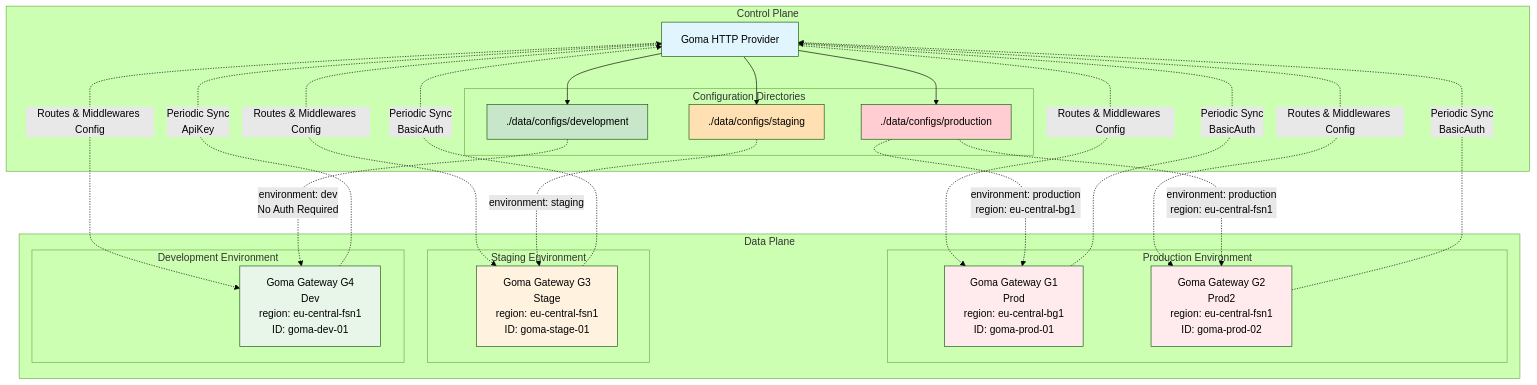
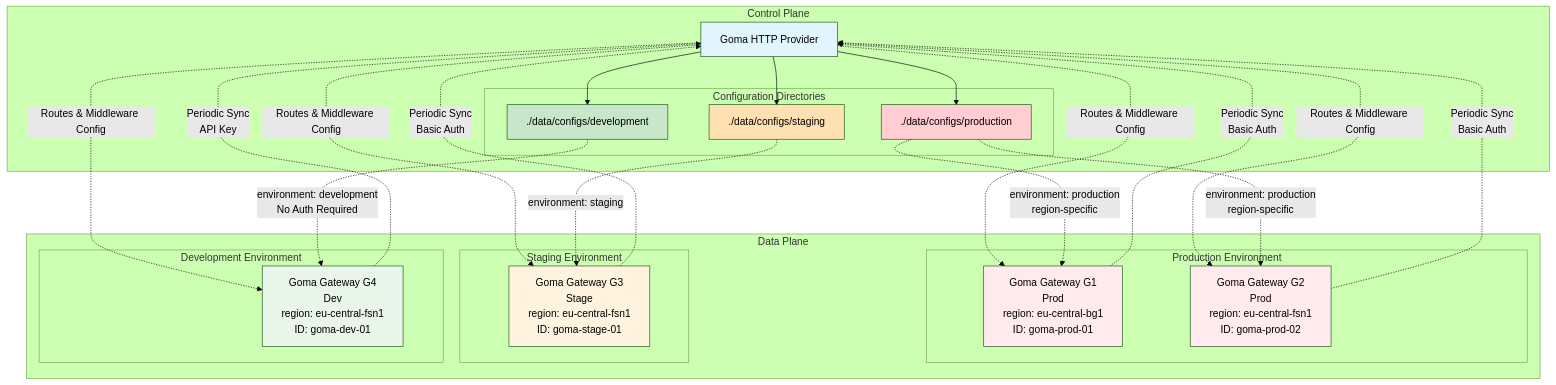
The diagram in README.md (jkaninda/goma-http-provider), drawn with Mermaid (forest theme) before and after one commit. The commit also changed other lines of this file, not shown here.

````diff
--- a/README.md
+++ b/README.md
@@ -24,53 +45,53 @@
 ```mermaid
 graph TB
     subgraph "Control Plane"
         GHP[Goma HTTP Provider]
         subgraph "Configuration Directories"
             PROD_DIR[./data/configs/production]
             STAGE_DIR[./data/configs/staging]
             DEV_DIR[./data/configs/development]
         end
         GHP --> PROD_DIR
         GHP --> STAGE_DIR
         GHP --> DEV_DIR
     end
 
     subgraph "Data Plane"
         subgraph "Production Environment"
             G1[Goma Gateway G1<br/>Prod<br/>region: eu-central-bg1<br/>ID: goma-prod-01]
-            G2[Goma Gateway G2<br/>Prod2<br/>region: eu-central-fsn1<br/>ID: goma-prod-02]
+            G2[Goma Gateway G2<br/>Prod<br/>region: eu-central-fsn1<br/>ID: goma-prod-02]
         end
         
         subgraph "Staging Environment"
             G3[Goma Gateway G3<br/>Stage<br/>region: eu-central-fsn1<br/>ID: goma-stage-01]
         end
         
         subgraph "Development Environment"
             G4[Goma Gateway G4<br/>Dev<br/>region: eu-central-fsn1<br/>ID: goma-dev-01]
         end
     end
 
-    G1 -.->|Periodic Sync<br/>BasicAuth| GHP
-    G2 -.->|Periodic Sync<br/>BasicAuth| GHP
-    G3 -.->|Periodic Sync<br/>BasicAuth| GHP
-    G4 -.->|Periodic Sync<br/>ApiKey   | GHP
+    G1 -.->|Periodic Sync<br/>Basic Auth| GHP
+    G2 -.->|Periodic Sync<br/>Basic Auth| GHP
+    G3 -.->|Periodic Sync<br/>Basic Auth| GHP
+    G4 -.->|Periodic Sync<br/>API Key| GHP
 
-    GHP -.->|Routes & Middlewares Config| G1
-    GHP -.->|Routes & Middlewares Config| G2
-    GHP -.->|Routes & Middlewares Config| G3
-    GHP -.->|Routes & Middlewares Config| G4
+    GHP -.->|Routes & Middleware Config| G1
+    GHP -.->|Routes & Middleware Config| G2
+    GHP -.->|Routes & Middleware Config| G3
+    GHP -.->|Routes & Middleware Config| G4
 
-    PROD_DIR -.->|environment: production<br/>region: eu-central-bg1| G1
-    PROD_DIR -.->|environment: production<br/>region: eu-central-fsn1| G2
+    PROD_DIR -.->|environment: production<br/>region-specific| G1
+    PROD_DIR -.->|environment: production<br/>region-specific| G2
     STAGE_DIR -.->|environment: staging| G3
-    DEV_DIR -.->|environment: dev<br/>No Auth Required| G4
+    DEV_DIR -.->|environment: development<br/>No Auth Required| G4
 
     style GHP fill:#e1f5ff
     style G1 fill:#ffebee
     style G2 fill:#ffebee
     style G3 fill:#fff3e0
     style G4 fill:#e8f5e9
     style PROD_DIR fill:#ffcdd2
     style STAGE_DIR fill:#ffe0b2
     style DEV_DIR fill:#c8e6c9
 ```
````
